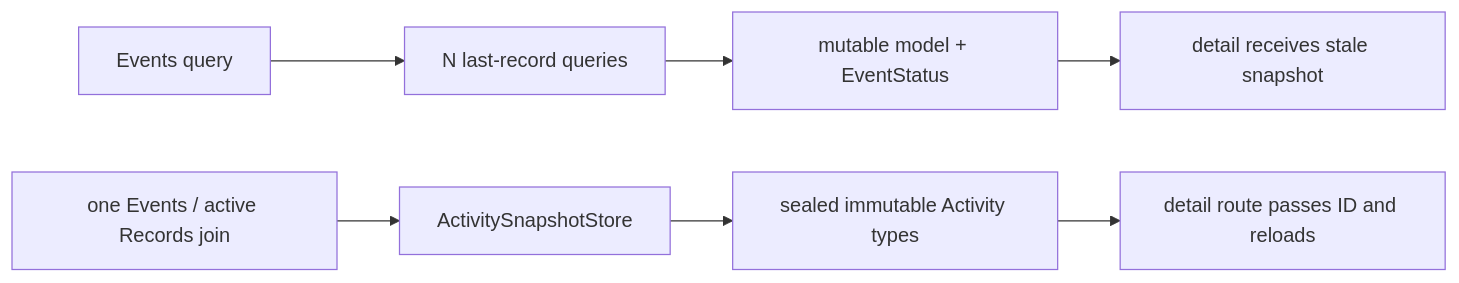
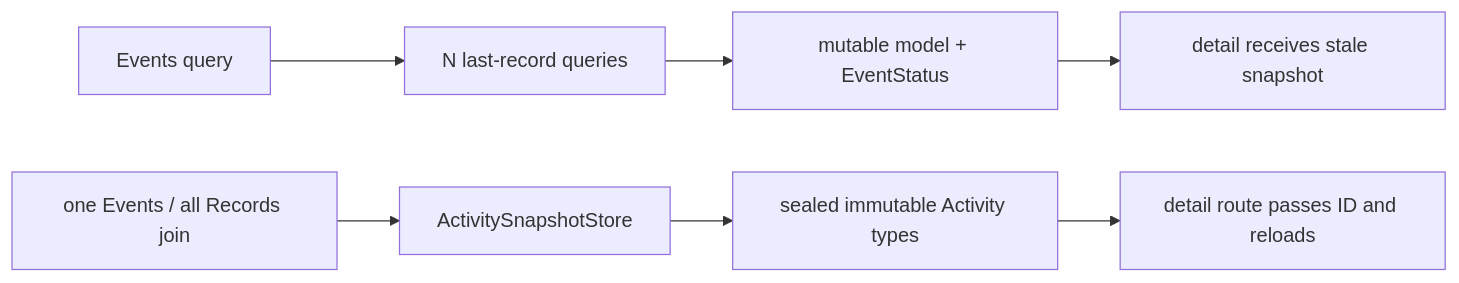
The fourth of 6 diagrams in docs/architecture/module-flow.md (Guoyuer/eventTracker), drawn with Mermaid before and after one commit. The commit also changed other lines of this file and 19 other files, not shown here.

Commit message:
Make records the activity source of truth

````diff
--- a/docs/architecture/module-flow.md
+++ b/docs/architecture/module-flow.md
@@ -141,10 +139,10 @@
 ```mermaid
 flowchart LR
   Before["Events query"] --> N1["N last-record queries"]
   N1 --> Mutable["mutable model + EventStatus"]
   Mutable --> Stale["detail receives stale snapshot"]
 
-  After["one Events / active Records join"] --> Snapshot["ActivitySnapshotStore"]
+  After["one Events / all Records join"] --> Snapshot["ActivitySnapshotStore"]
   Snapshot --> Sealed["sealed immutable Activity types"]
   Sealed --> Route["detail route passes ID and reloads"]
 ```
````
